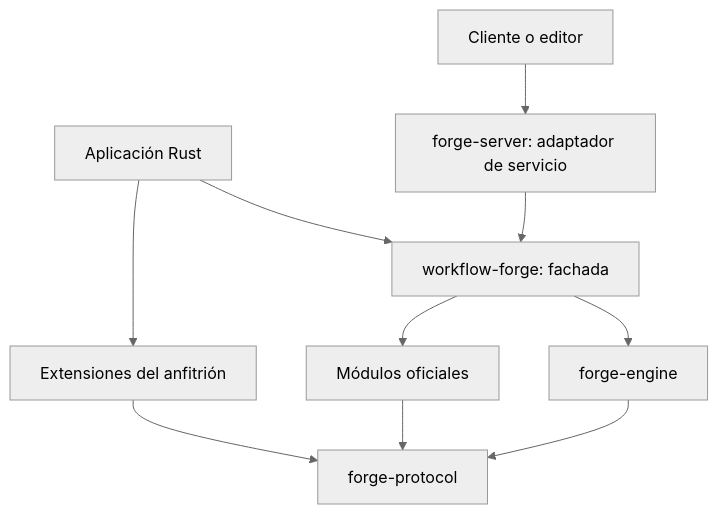
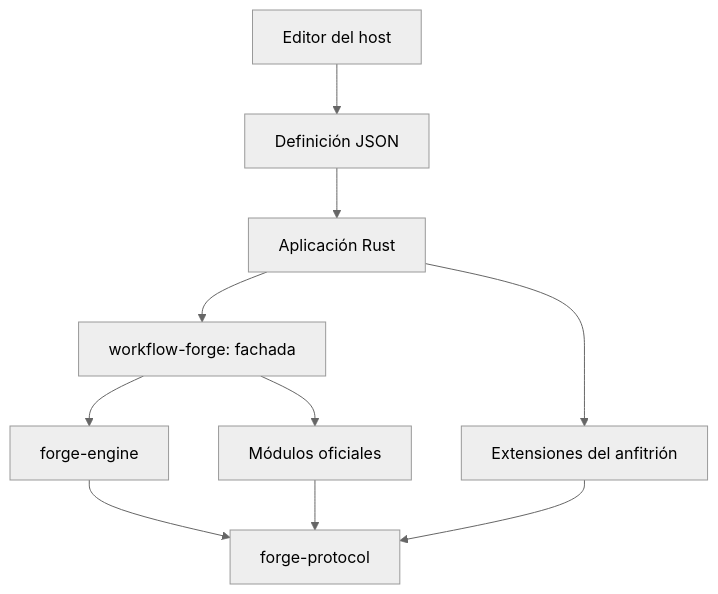
The first of 6 diagrams in docs/ARCHITECTURE.md (rafael-arreola/workflow-forge), drawn with Mermaid (neutral theme) before and after one commit. The commit also changed other lines of this file and 134 other files, not shown here.

````diff
--- a/docs/ARCHITECTURE.md
+++ b/docs/ARCHITECTURE.md
@@ -48,12 +48,12 @@
 ```mermaid
 flowchart TD
     App[Aplicación Rust] --> Facade[workflow-forge: fachada]
-    Client[Cliente o editor] --> Server[forge-server: adaptador de servicio]
-    Server --> Facade
+    Editor[Editor del host] --> Definition[Definición JSON]
+    Definition --> App
     Facade --> Engine[forge-engine]
     Facade --> Official[Módulos oficiales]
     App --> External[Extensiones del anfitrión]
     Engine --> Protocol[forge-protocol]
     Official --> Protocol
     External --> Protocol
 ```
````
